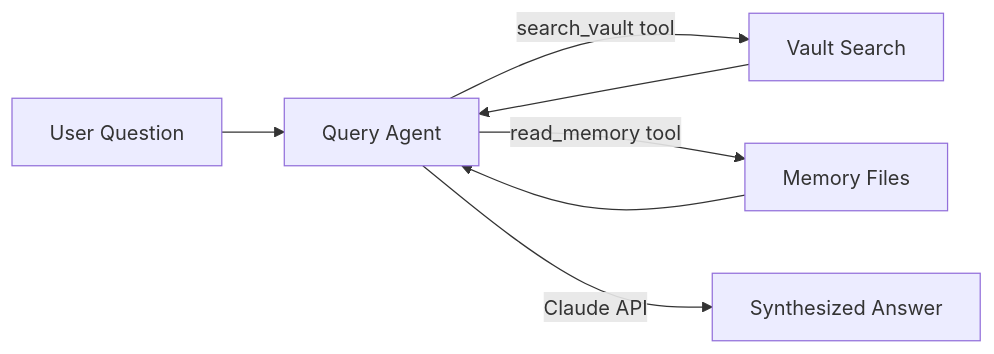
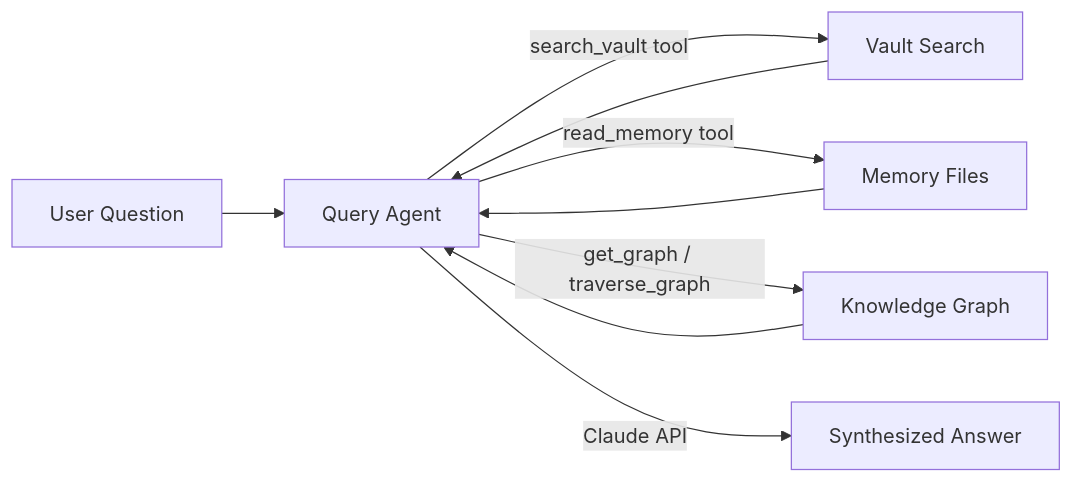
Before and after one commit to ifeanyi-okafor/email-memory-agent: the third of 4 diagrams in docs/data-flow.md, drawn with Mermaid. The commit also changed other lines of this file and 7 other files, not shown here.

First line of the commit message:
Update docs for Action Required + Knowledge Graph feature

````diff
--- a/docs/data-flow.md
+++ b/docs/data-flow.md
@@ -48,9 +69,11 @@
 ```mermaid
 flowchart LR
     User[User Question] --> QA[Query Agent]
     QA -->|search_vault tool| Search[Vault Search]
     QA -->|read_memory tool| Read[Memory Files]
+    QA -->|get_graph / traverse_graph| Graph[Knowledge Graph]
     Search --> QA
     Read --> QA
+    Graph --> QA
     QA -->|Claude API| Answer[Synthesized Answer]
 ```
````
